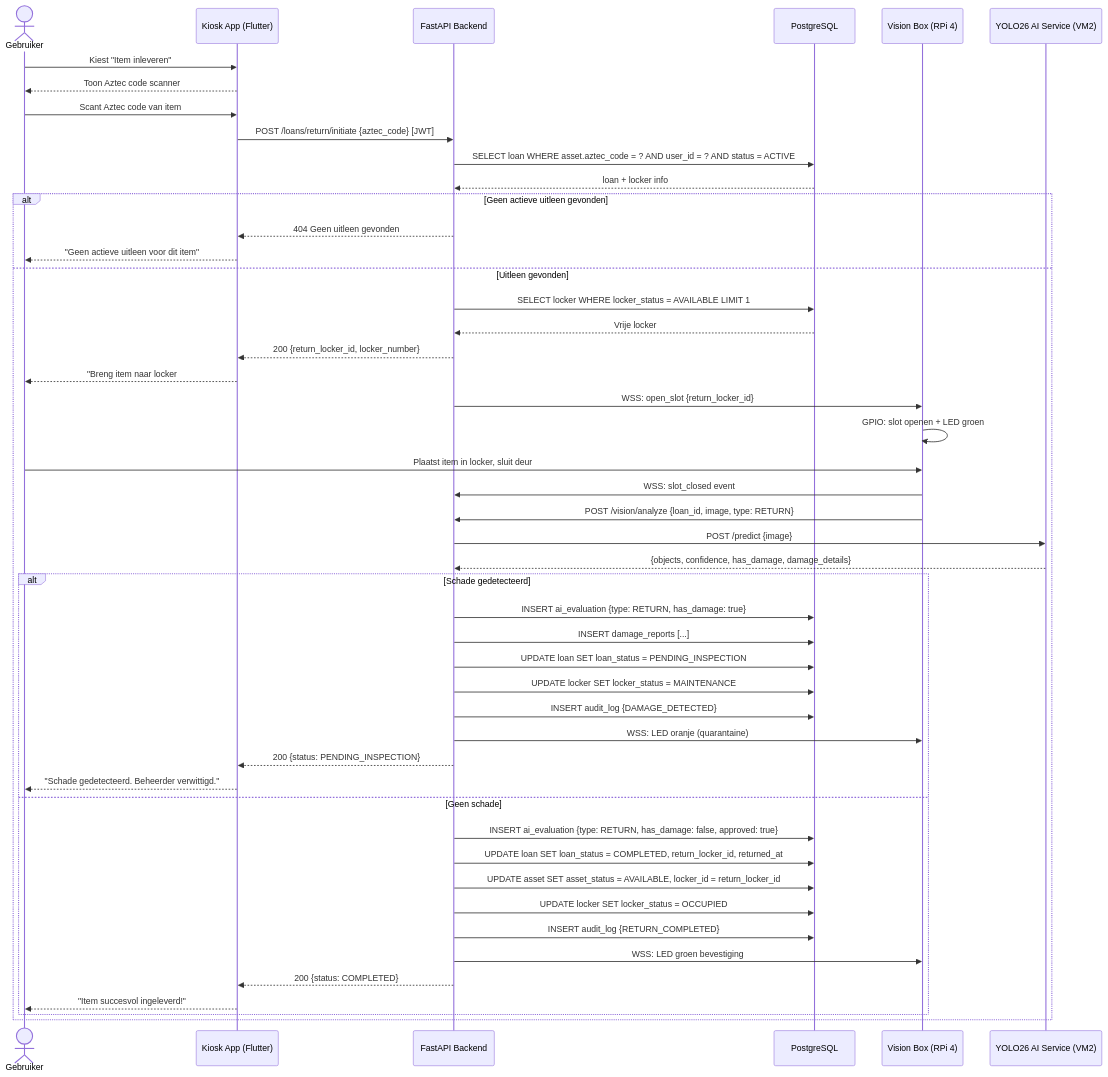
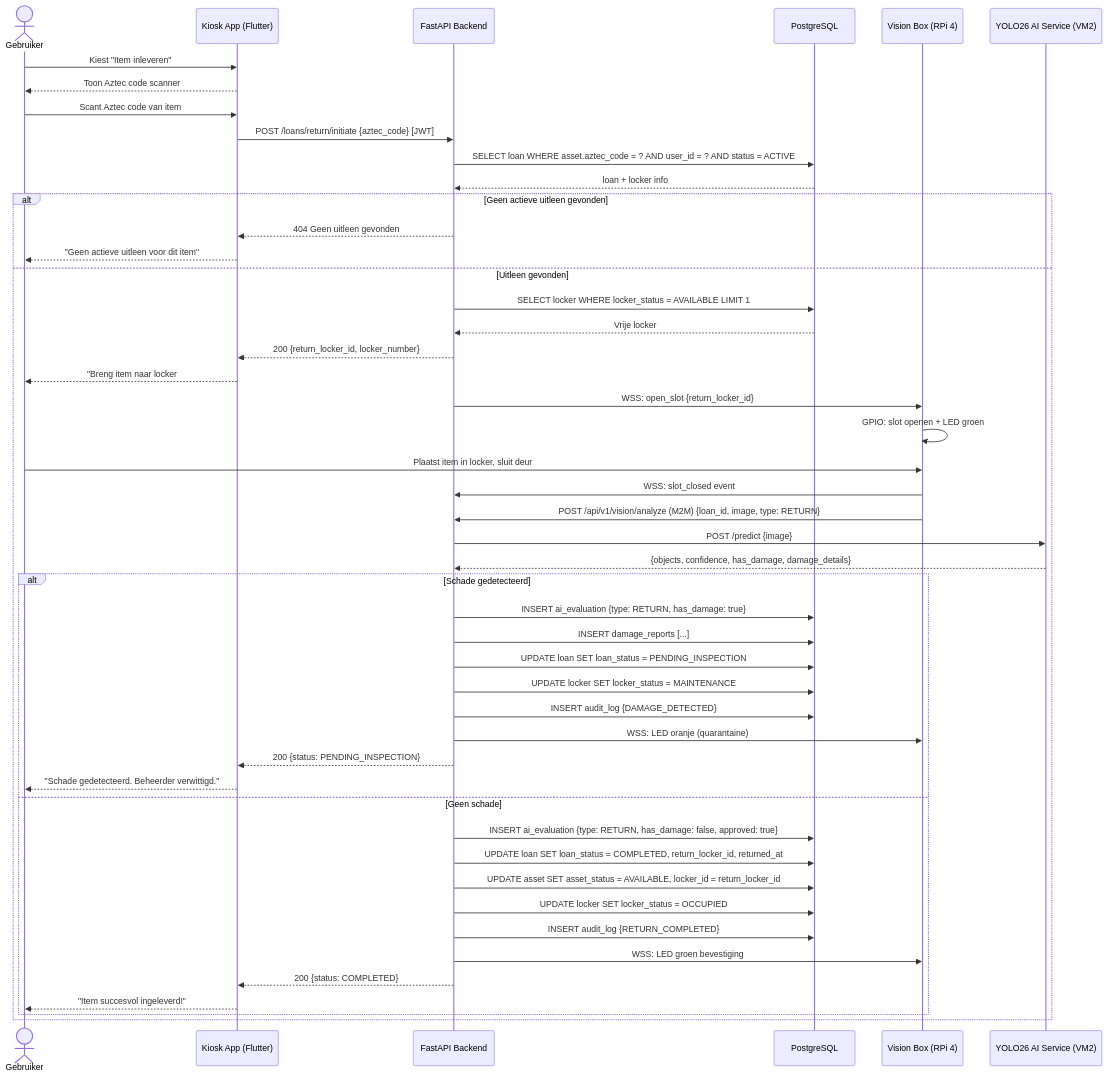
Before and after one commit to easylend-practice-enterprise/easylend: the third of 4 diagrams in docs/workflows.md, drawn with Mermaid. The commit also changed other lines of this file and 7 other files, not shown here.

````diff
--- a/docs/workflows.md
+++ b/docs/workflows.md
@@ -126,55 +126,55 @@
 ```mermaid
 sequenceDiagram
     actor User as Gebruiker
     participant App as Kiosk App (Flutter)
     participant API as FastAPI Backend
     participant DB as PostgreSQL
     participant VB as Vision Box (RPi 4)
     participant AI as YOLO26 AI Service (VM2)
 
     User->>App: Kiest "Item inleveren"
     App-->>User: Toon Aztec code scanner
     User->>App: Scant Aztec code van item
     App->>API: POST /loans/return/initiate {aztec_code} [JWT]
     API->>DB: SELECT loan WHERE asset.aztec_code = ? AND user_id = ? AND status = ACTIVE
     DB-->>API: loan + locker info
 
     alt Geen actieve uitleen gevonden
         API-->>App: 404 Geen uitleen gevonden
         App-->>User: "Geen actieve uitleen voor dit item"
     else Uitleen gevonden
         API->>DB: SELECT locker WHERE locker_status = AVAILABLE LIMIT 1
         DB-->>API: Vrije locker
         API-->>App: 200 {return_locker_id, locker_number}
         App-->>User: "Breng item naar locker #N"
 
         API->>VB: WSS: open_slot {return_locker_id}
         VB->>VB: GPIO: slot openen + LED groen
         User->>VB: Plaatst item in locker, sluit deur
         VB->>API: WSS: slot_closed event
 
-        VB->>API: POST /vision/analyze {loan_id, image, type: RETURN}
+        VB->>API: POST /api/v1/vision/analyze (M2M) {loan_id, image, type: RETURN}
         API->>AI: POST /predict {image}
         AI-->>API: {objects, confidence, has_damage, damage_details}
 
         alt Schade gedetecteerd
             API->>DB: INSERT ai_evaluation {type: RETURN, has_damage: true}
             API->>DB: INSERT damage_reports [...]
             API->>DB: UPDATE loan SET loan_status = PENDING_INSPECTION
             API->>DB: UPDATE locker SET locker_status = MAINTENANCE
             API->>DB: INSERT audit_log {DAMAGE_DETECTED}
             API->>VB: WSS: LED oranje (quarantaine)
             API-->>App: 200 {status: PENDING_INSPECTION}
             App-->>User: "Schade gedetecteerd. Beheerder verwittigd."
         else Geen schade
             API->>DB: INSERT ai_evaluation {type: RETURN, has_damage: false, approved: true}
             API->>DB: UPDATE loan SET loan_status = COMPLETED, return_locker_id, returned_at
             API->>DB: UPDATE asset SET asset_status = AVAILABLE, locker_id = return_locker_id
             API->>DB: UPDATE locker SET locker_status = OCCUPIED
             API->>DB: INSERT audit_log {RETURN_COMPLETED}
             API->>VB: WSS: LED groen bevestiging
             API-->>App: 200 {status: COMPLETED}
             App-->>User: "Item succesvol ingeleverd!"
         end
     end
 ```
````
